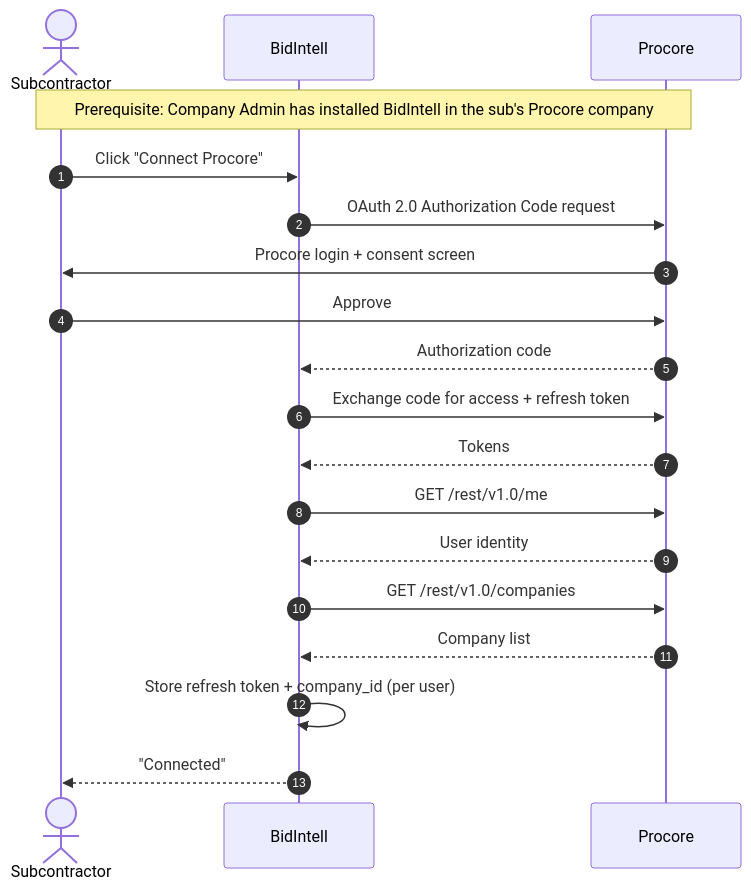
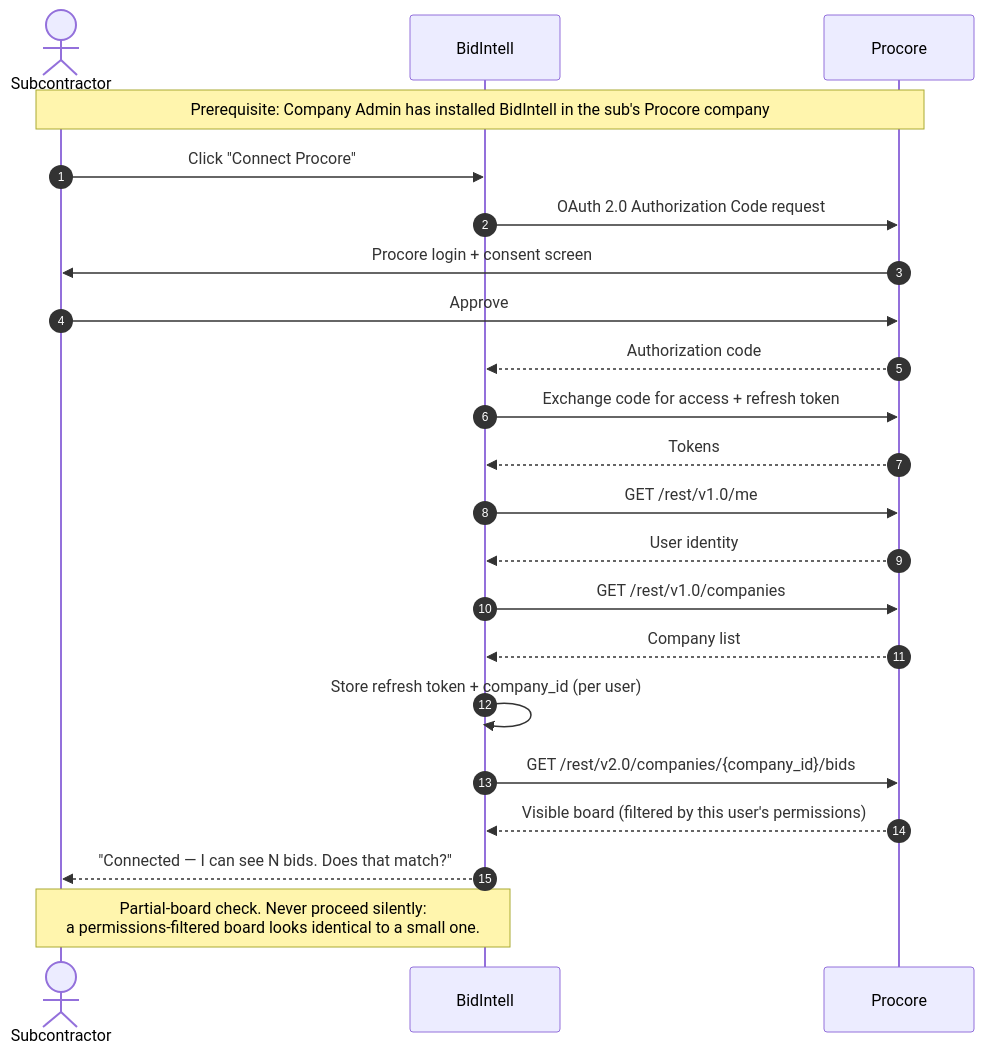
One commit to Ryanbidintell/bidiq-mvp changed the first of 3 diagrams in PROCORE_WORKFLOW_DIAGRAM.md. Above: the diagram before and after it, drawn with Mermaid. The commit also changed other lines of this file and 1 other file, not shown here.

````diff
--- a/PROCORE_WORKFLOW_DIAGRAM.md
+++ b/PROCORE_WORKFLOW_DIAGRAM.md
@@ -30,23 +35,26 @@
 ```mermaid
 sequenceDiagram
     autonumber
     actor Sub as Subcontractor
     participant BI as BidIntell
     participant PC as Procore
 
     Note over Sub,PC: Prerequisite: Company Admin has installed BidIntell in the sub's Procore company
 
     Sub->>BI: Click "Connect Procore"
     BI->>PC: OAuth 2.0 Authorization Code request
     PC->>Sub: Procore login + consent screen
     Sub->>PC: Approve
     PC-->>BI: Authorization code
     BI->>PC: Exchange code for access + refresh token
     PC-->>BI: Tokens
     BI->>PC: GET /rest/v1.0/me
     PC-->>BI: User identity
     BI->>PC: GET /rest/v1.0/companies
     PC-->>BI: Company list
     BI->>BI: Store refresh token + company_id (per user)
-    BI-->>Sub: "Connected"
+    BI->>PC: GET /rest/v2.0/companies/{company_id}/bids
+    PC-->>BI: Visible board (filtered by this user's permissions)
+    BI-->>Sub: "Connected — I can see N bids. Does that match?"
+    Note over BI,Sub: Partial-board check. Never proceed silently:<br/>a permissions-filtered board looks identical to a small one.
 ```
````
